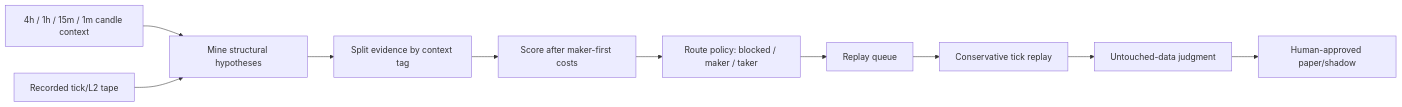
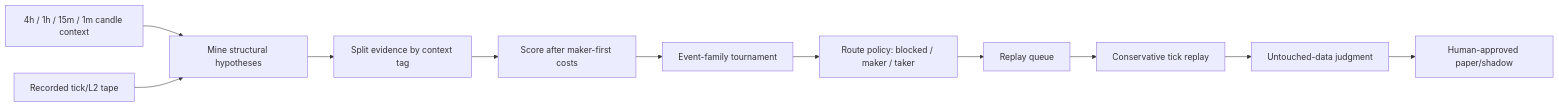
Before and after one commit to vikkl1990/vnedge: the diagram in docs/ALPHA_FACTORY.md, drawn with Mermaid. The commit also changed other lines of this file and 5 other files, not shown here.

Commit message:
Build event scalper alpha tournament

````diff
--- a/docs/ALPHA_FACTORY.md
+++ b/docs/ALPHA_FACTORY.md
@@ -9,12 +9,13 @@
 ```mermaid
 flowchart LR
     Context["4h / 1h / 15m / 1m candle context"] --> Mine["Mine structural hypotheses"]
     Tape["Recorded tick/L2 tape"] --> Mine["Mine structural hypotheses"]
     Mine --> Tags["Split evidence by context tag"]
     Tags --> Cost["Score after maker-first costs"]
-    Cost --> Route["Route policy: blocked / maker / taker"]
+    Cost --> Tournament["Event-family tournament"]
+    Tournament --> Route["Route policy: blocked / maker / taker"]
     Route --> Queue["Replay queue"]
     Queue --> Replay["Conservative tick replay"]
     Replay --> Judgment["Untouched-data judgment"]
     Judgment --> Paper["Human-approved paper/shadow"]
 ```
````
